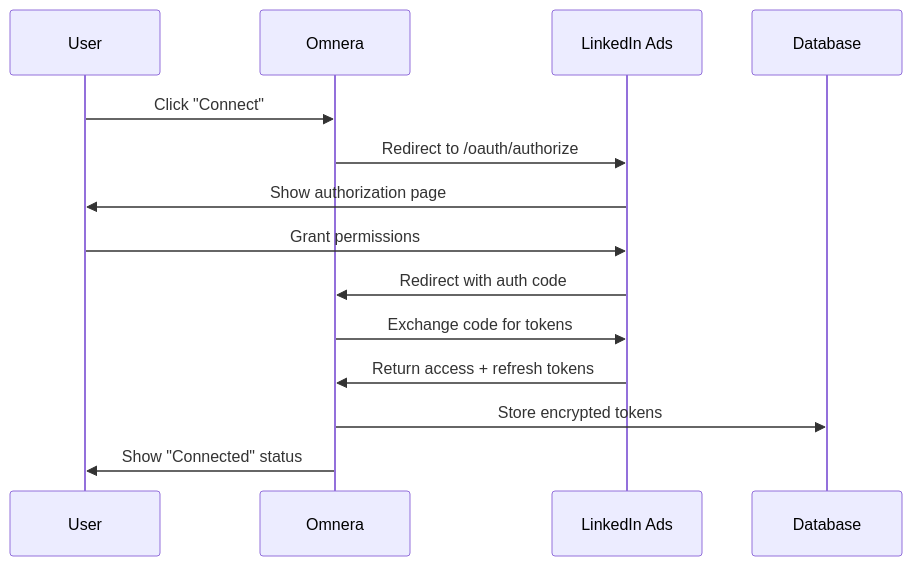
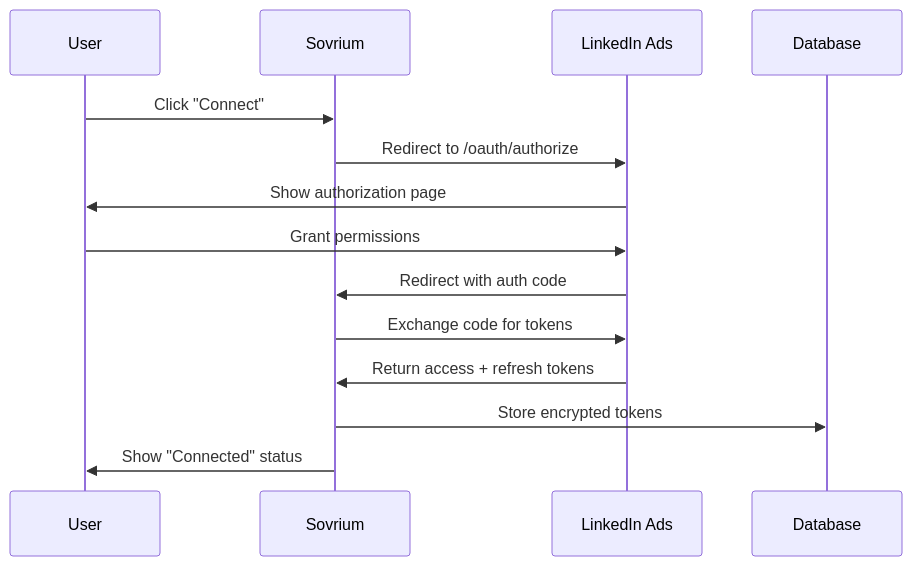
The diagram in specs/app/connections/linkedin-ads-connection/README.md (omnera-dev/omnera-v2), drawn with Mermaid before and after one commit. The commit also changed other lines of this file and 218 other files, not shown here.

````diff
--- a/specs/app/connections/linkedin-ads-connection/README.md
+++ b/specs/app/connections/linkedin-ads-connection/README.md
@@ -70,12 +70,12 @@
 ```mermaid
 sequenceDiagram
-    User->>Omnera: Click "Connect"
-    Omnera->>LinkedIn Ads: Redirect to /oauth/authorize
+    User->>Sovrium: Click "Connect"
+    Sovrium->>LinkedIn Ads: Redirect to /oauth/authorize
     LinkedIn Ads->>User: Show authorization page
     User->>LinkedIn Ads: Grant permissions
-    LinkedIn Ads->>Omnera: Redirect with auth code
-    Omnera->>LinkedIn Ads: Exchange code for tokens
-    LinkedIn Ads->>Omnera: Return access + refresh tokens
-    Omnera->>Database: Store encrypted tokens
-    Omnera->>User: Show "Connected" status
+    LinkedIn Ads->>Sovrium: Redirect with auth code
+    Sovrium->>LinkedIn Ads: Exchange code for tokens
+    LinkedIn Ads->>Sovrium: Return access + refresh tokens
+    Sovrium->>Database: Store encrypted tokens
+    Sovrium->>User: Show "Connected" status
 ```
````
